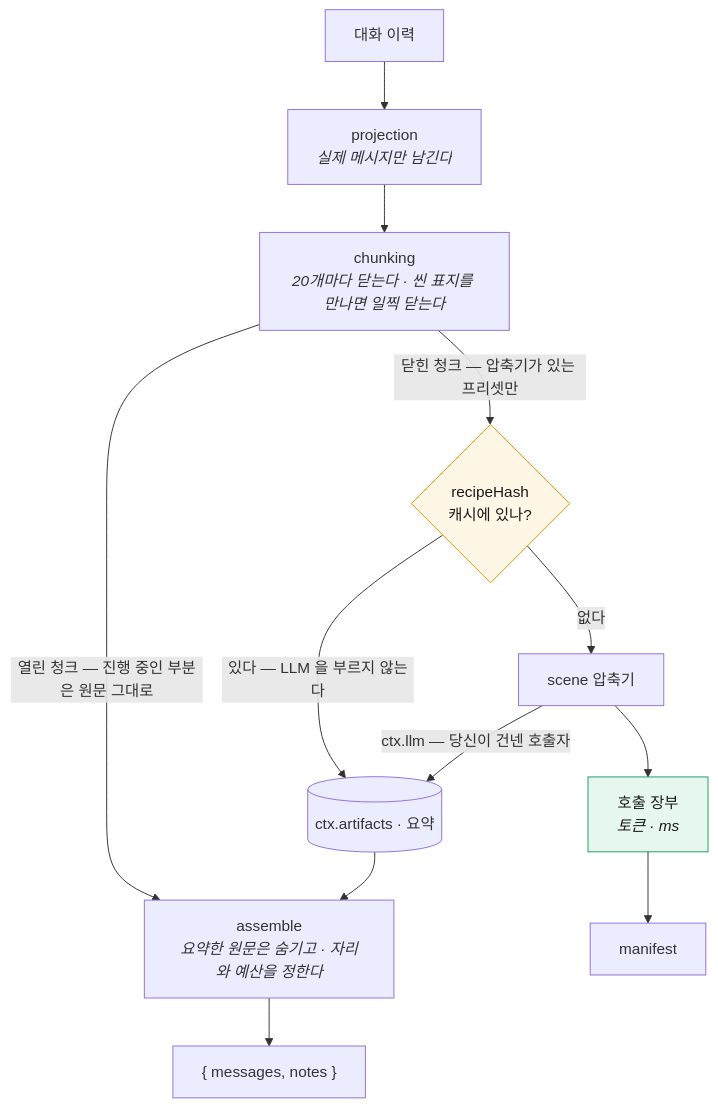
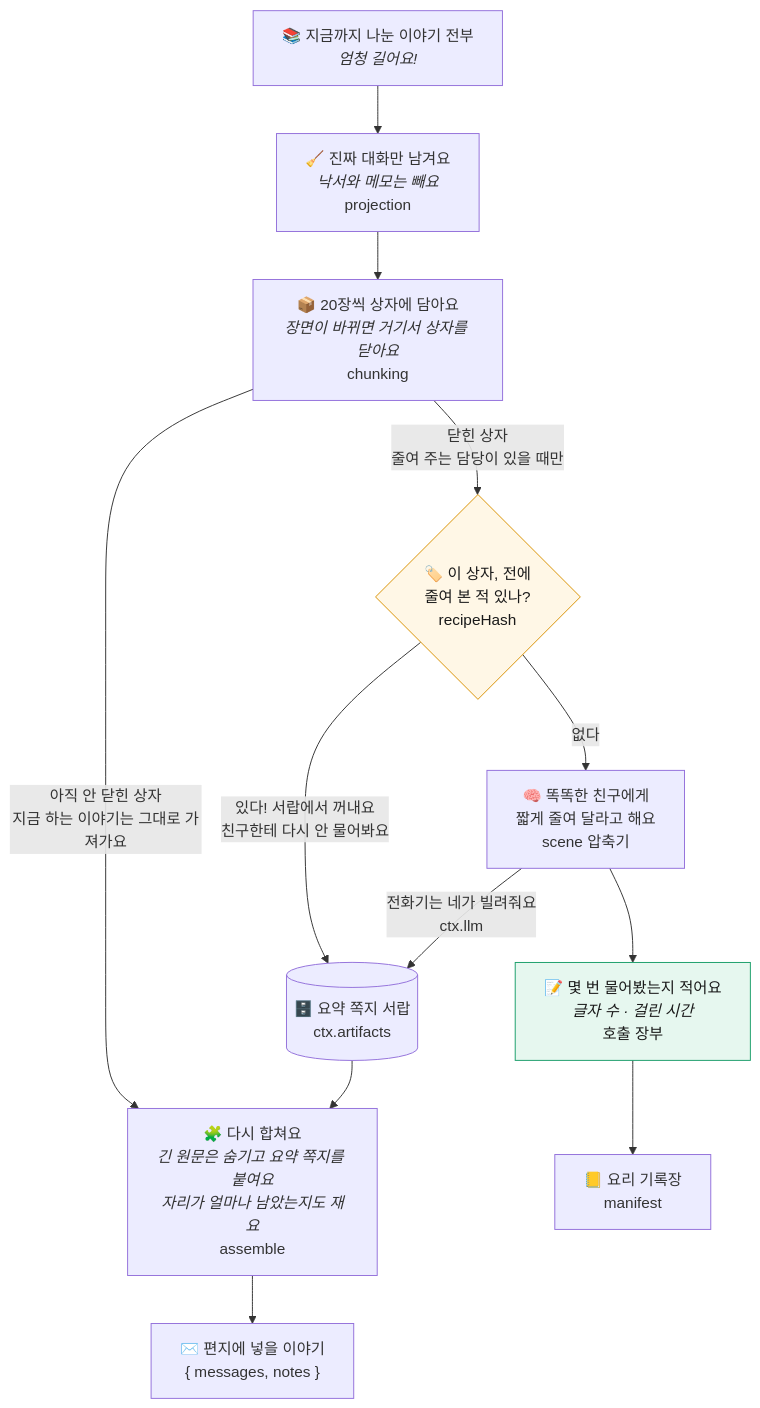
The second of 2 diagrams in README.md (saroby/RabbitEngine), drawn with Mermaid before and after one commit. The commit also changed other lines of this file, not shown here.

````diff
--- a/README.md
+++ b/README.md
@@ -48,17 +48,17 @@
 ```mermaid
 flowchart TB
-    H["대화 이력"] --> P["projection<br><i>실제 메시지만 남긴다</i>"]
-    P --> C["chunking<br><i>20개마다 닫는다 · 씬 표지를 만나면 일찍 닫는다</i>"]
-    C -->|"열린 청크 — 진행 중인 부분은 원문 그대로"| A
-    C -->|"닫힌 청크 — 압축기가 있는 프리셋만"| R{"recipeHash<br>캐시에 있나?"}
-    R -->|"있다 — LLM 을 부르지 않는다"| AR
-    R -->|"없다"| K["scene 압축기"]
-    K -->|"ctx.llm — 당신이 건넨 호출자"| AR[("ctx.artifacts · 요약")]
-    K --> L["호출 장부<br><i>토큰 · ms</i>"]
-    AR --> A["assemble<br><i>요약한 원문은 숨기고 · 자리와 예산을 정한다</i>"]
-    A --> OUT["{ messages, notes }"]
-    L --> MAN["manifest"]
+    H["📚 지금까지 나눈 이야기 전부<br><i>엄청 길어요!</i>"] --> P["🧹 진짜 대화만 남겨요<br><i>낙서와 메모는 빼요</i><br>projection"]
+    P --> C["📦 20장씩 상자에 담아요<br><i>장면이 바뀌면 거기서 상자를 닫아요</i><br>chunking"]
+    C -->|"아직 안 닫힌 상자<br>지금 하는 이야기는 그대로 가져가요"| A
+    C -->|"닫힌 상자<br>줄여 주는 담당이 있을 때만"| R{"🏷️ 이 상자, 전에<br>줄여 본 적 있나?<br>recipeHash"}
+    R -->|"있다! 서랍에서 꺼내요<br>친구한테 다시 안 물어봐요"| AR
+    R -->|"없다"| K["🧠 똑똑한 친구에게<br>짧게 줄여 달라고 해요<br>scene 압축기"]
+    K -->|"전화기는 네가 빌려줘요<br>ctx.llm"| AR[("🗄️ 요약 쪽지 서랍<br>ctx.artifacts")]
+    K --> L["📝 몇 번 물어봤는지 적어요<br><i>글자 수 · 걸린 시간</i><br>호출 장부"]
+    AR --> A["🧩 다시 합쳐요<br><i>긴 원문은 숨기고 요약 쪽지를 붙여요<br>자리가 얼마나 남았는지도 재요</i><br>assemble"]
+    A --> OUT["✉️ 편지에 넣을 이야기<br>{ messages, notes }"]
+    L --> MAN["📒 요리 기록장<br>manifest"]
 
     style R fill:#fff7e6,stroke:#d99100,color:#1a1a1a
     style L fill:#e6f7ef,stroke:#1a9e6a,color:#1a1a1a
 ```
````
